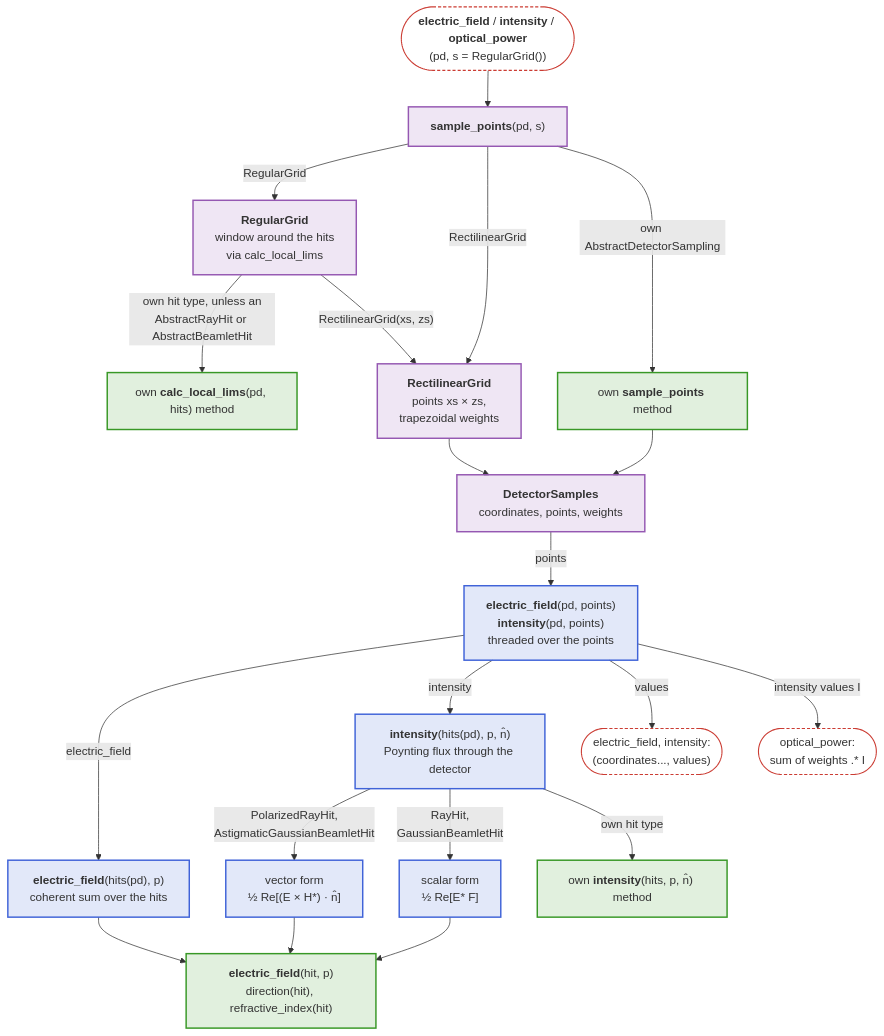
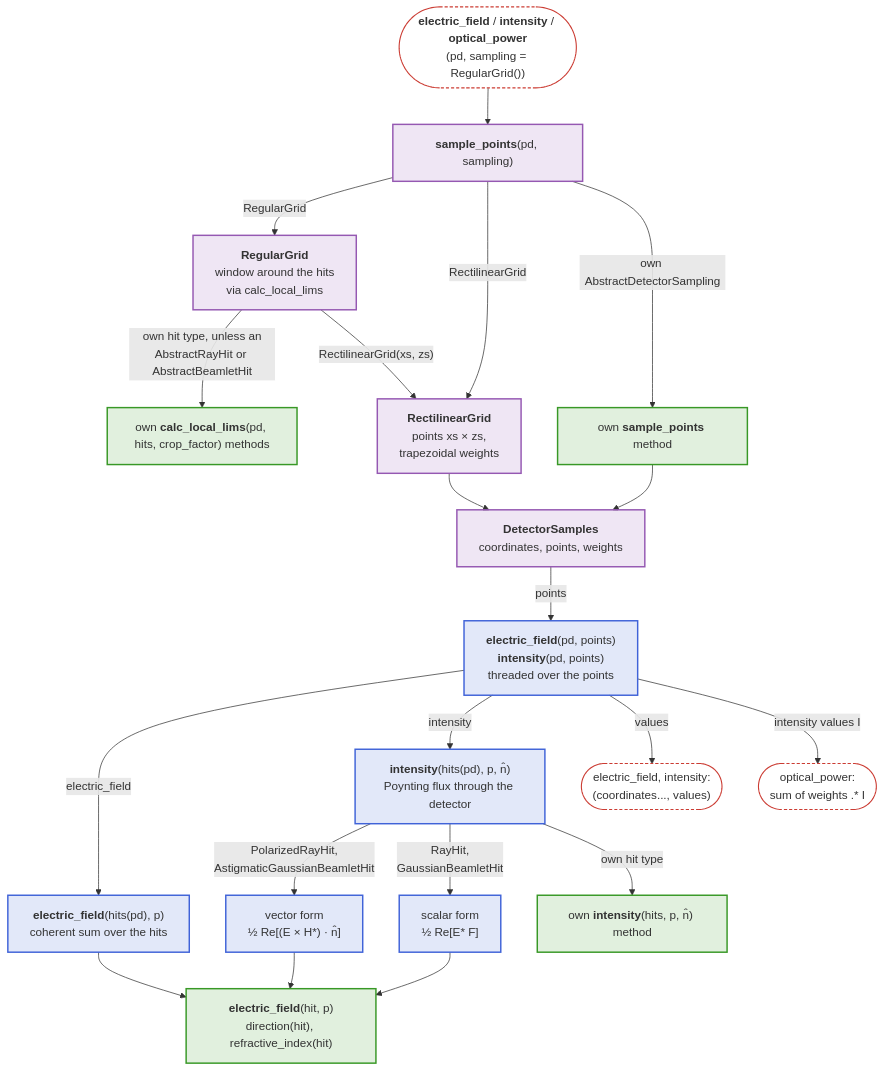
The second of 2 diagrams in docs/src/basics/components/detectors.md (JuliaPhysics/BeamletOptics.jl), drawn with Mermaid before and after one commit. The commit also changed 15 other files, not shown here.

````diff
--- a/docs/src/basics/components/detectors.md
+++ b/docs/src/basics/components/detectors.md
@@ -116,31 +116,31 @@
 ```mermaid
 flowchart TB
-    R(["<b>electric_field</b> / <b>intensity</b> / <b>optical_power</b><br/>(pd, s = RegularGrid())"]) --> SP["<b>sample_points</b>(pd, s)"]
+    R(["<b>electric_field</b> / <b>intensity</b> / <b>optical_power</b><br/>(pd, sampling = RegularGrid())"]) --> SP["<b>sample_points</b>(pd, sampling)"]
     SP -- RegularGrid --> RG["<b>RegularGrid</b><br/>window around the hits<br/>via calc_local_lims"]
     SP -- RectilinearGrid --> RL["<b>RectilinearGrid</b><br/>points xs × zs,<br/>trapezoidal weights"]
     SP -- "own AbstractDetectorSampling" --> OWN["own <b>sample_points</b> method"]
-    RG -- "own hit type, unless an<br/>AbstractRayHit or AbstractBeamletHit" --> LIM["own <b>calc_local_lims</b>(pd, hits) method"]
+    RG -- "own hit type, unless an<br/>AbstractRayHit or AbstractBeamletHit" --> LIM["own <b>calc_local_lims</b>(pd, hits, crop_factor) methods"]
     RG -- "RectilinearGrid(xs, zs)" --> RL
     RL --> DS["<b>DetectorSamples</b><br/>coordinates, points, weights"]
     OWN --> DS
     DS -- points --> PT["<b>electric_field</b>(pd, points)<br/><b>intensity</b>(pd, points)<br/>threaded over the points"]
     PT -- "electric_field" --> SUM["<b>electric_field</b>(hits(pd), p)<br/>coherent sum over the hits"]
     PT -- "intensity" --> IH["<b>intensity</b>(hits(pd), p, n̂)<br/>Poynting flux through the detector"]
     IH -- "PolarizedRayHit,<br/>AstigmaticGaussianBeamletHit" --> IV["vector form<br/>½ Re[(E × H*) · n̂]"]
     IH -- "RayHit,<br/>GaussianBeamletHit" --> IS["scalar form<br/>½ Re[E* F]"]
     IH -- "own hit type" --> OWNI["own <b>intensity</b>(hits, p, n̂) method"]
     SUM --> EF["<b>electric_field</b>(hit, p)<br/>direction(hit), refractive_index(hit)"]
     IV --> EF
     IS --> EF
     PT -- "values" --> RET(["electric_field, intensity:<br/>(coordinates..., values)"])
     PT -- "intensity values I" --> OP(["optical_power:<br/>sum of weights .* I"])
 
     classDef blue fill:#4063D826,stroke:#4063D8,stroke-width:2px
     classDef green fill:#38982626,stroke:#389826,stroke-width:2px
     classDef purple fill:#9558B226,stroke:#9558B2,stroke-width:2px
     classDef terminal fill:transparent,stroke:#CB3C33,stroke-width:1.5px,stroke-dasharray:4 3
     class SP,RG,RL,DS purple
     class PT,SUM,IH,IV,IS blue
     class OWN,LIM,OWNI,EF green
     class R,RET,OP terminal
 ```
````
